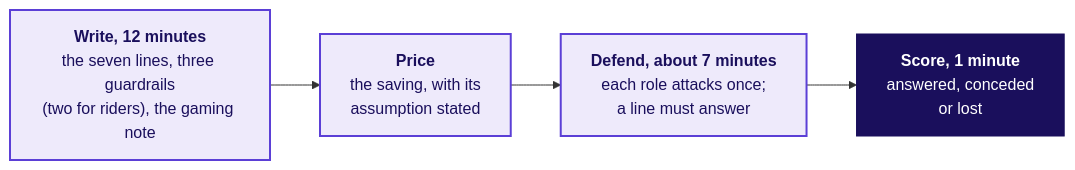
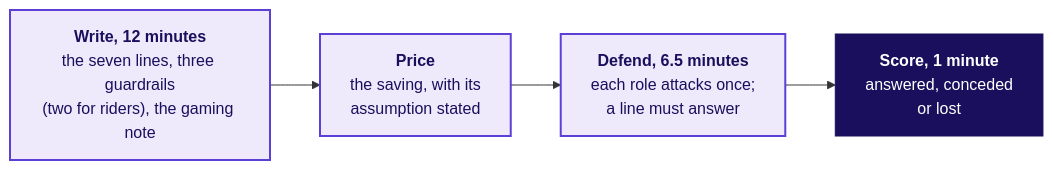
Before and after one commit to fde-academy-lab/c2-content-factory: diagram 18 of 19 in content/W04/D1/whiteboards/C2_W04_D01_board_work_STUDENT.md, drawn with Mermaid. The commit also changed other lines of this file and 4 other files, not shown here.

````diff
--- a/content/W04/D1/whiteboards/C2_W04_D01_board_work_STUDENT.md
+++ b/content/W04/D1/whiteboards/C2_W04_D01_board_work_STUDENT.md
@@ -428,10 +444,10 @@
 ```mermaid
 flowchart LR
     W["<b>Write, 12 minutes</b><br/>the seven lines, three guardrails<br/>(two for riders), the gaming note"] --> P["<b>Price</b><br/>the saving, with its<br/>assumption stated"]
-    P --> D["<b>Defend, about 7 minutes</b><br/>each role attacks once;<br/>a line must answer"]
+    P --> D["<b>Defend, 6.5 minutes</b><br/>each role attacks once;<br/>a line must answer"]
     D --> S["<b>Score, 1 minute</b><br/>answered, conceded<br/>or lost"]
     classDef known fill:#EEEAFB,stroke:#5B3FD6,color:#1A0F5C,stroke-width:2px
     classDef lit fill:#1A0F5C,stroke:#1A0F5C,color:#FFFFFF
     class W,P,D known
     class S lit
 ```
````
